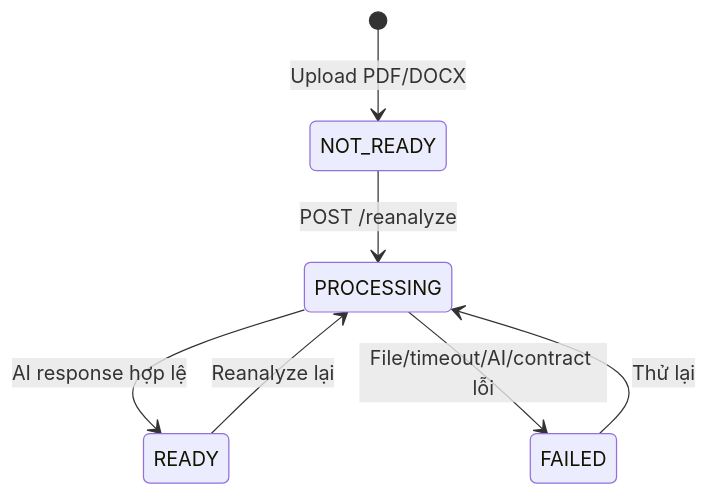
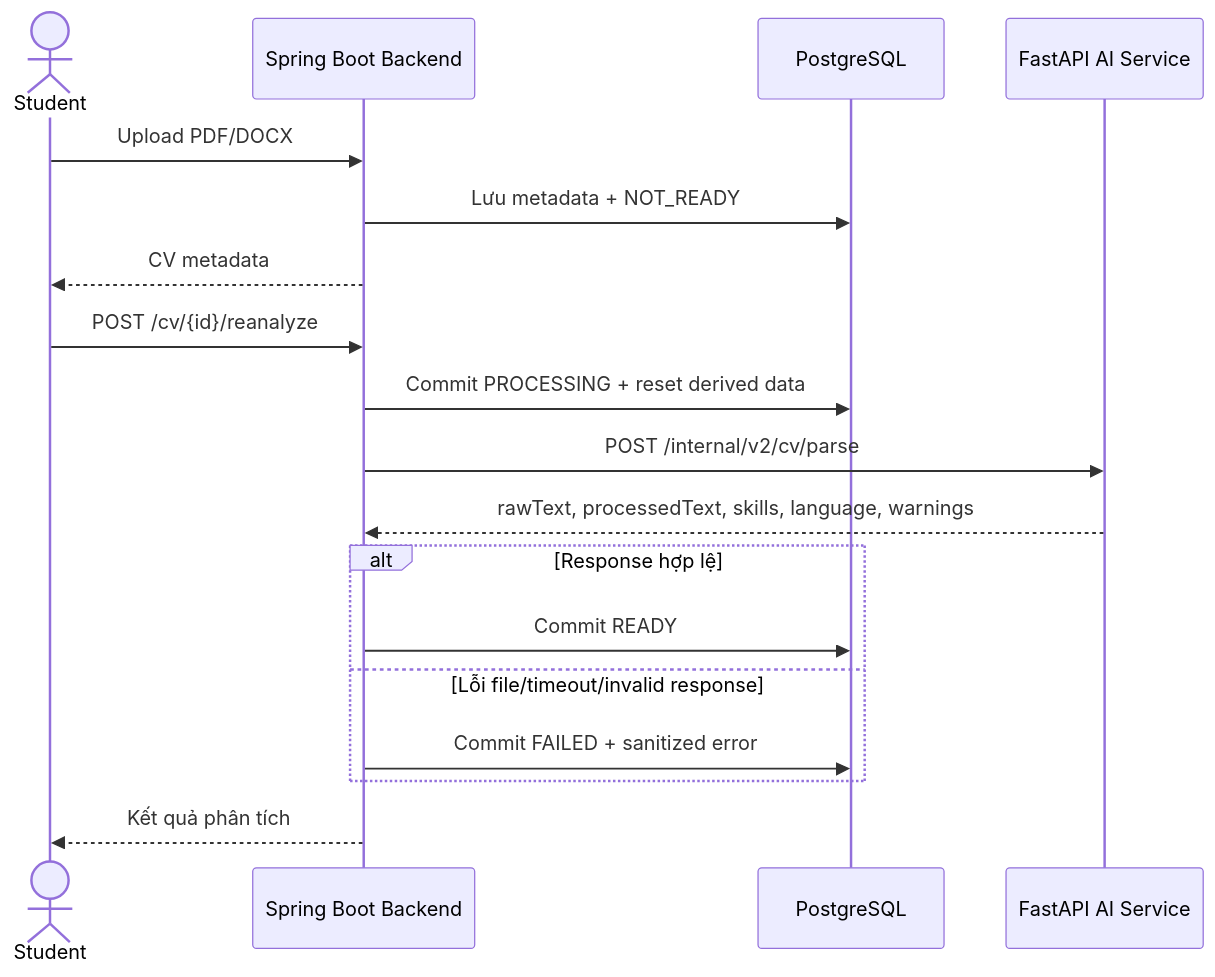
One commit to binkadev/student-job-recommendation-system changed the second of 2 diagrams in README.md. Above: the diagram before and after it, drawn with Mermaid. The commit also changed other lines of this file, not shown here.

````diff
--- a/README.md
+++ b/README.md
@@ -282,9 +263,22 @@
 ```mermaid
-stateDiagram-v2
-    [*] --> NOT_READY: Upload PDF/DOCX
-    NOT_READY --> PROCESSING: POST /reanalyze
-    PROCESSING --> READY: AI response hợp lệ
-    PROCESSING --> FAILED: File/timeout/AI/contract lỗi
-    READY --> PROCESSING: Reanalyze lại
-    FAILED --> PROCESSING: Thử lại
+sequenceDiagram
+    actor Student
+    participant BE as Spring Boot Backend
+    participant DB as PostgreSQL
+    participant AI as FastAPI AI Service
+
+    Student->>BE: Upload PDF/DOCX
+    BE->>DB: Lưu metadata + NOT_READY
+    BE-->>Student: CV metadata
+
+    Student->>BE: POST /cv/{id}/reanalyze
+    BE->>DB: Commit PROCESSING + reset derived data
+    BE->>AI: POST /internal/v2/cv/parse
+    AI-->>BE: rawText, processedText, skills, language, warnings
+    alt Response hợp lệ
+        BE->>DB: Commit READY
+    else Lỗi file/timeout/invalid response
+        BE->>DB: Commit FAILED + sanitized error
+    end
+    BE-->>Student: Kết quả phân tích
 ```
````
